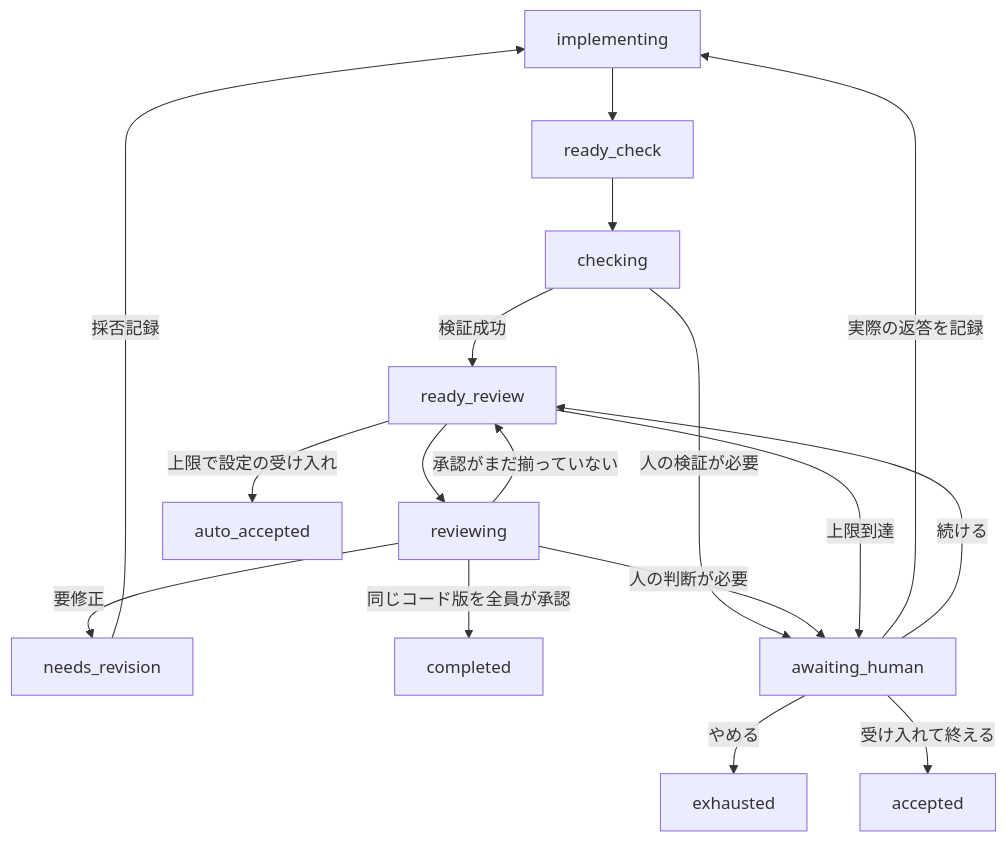
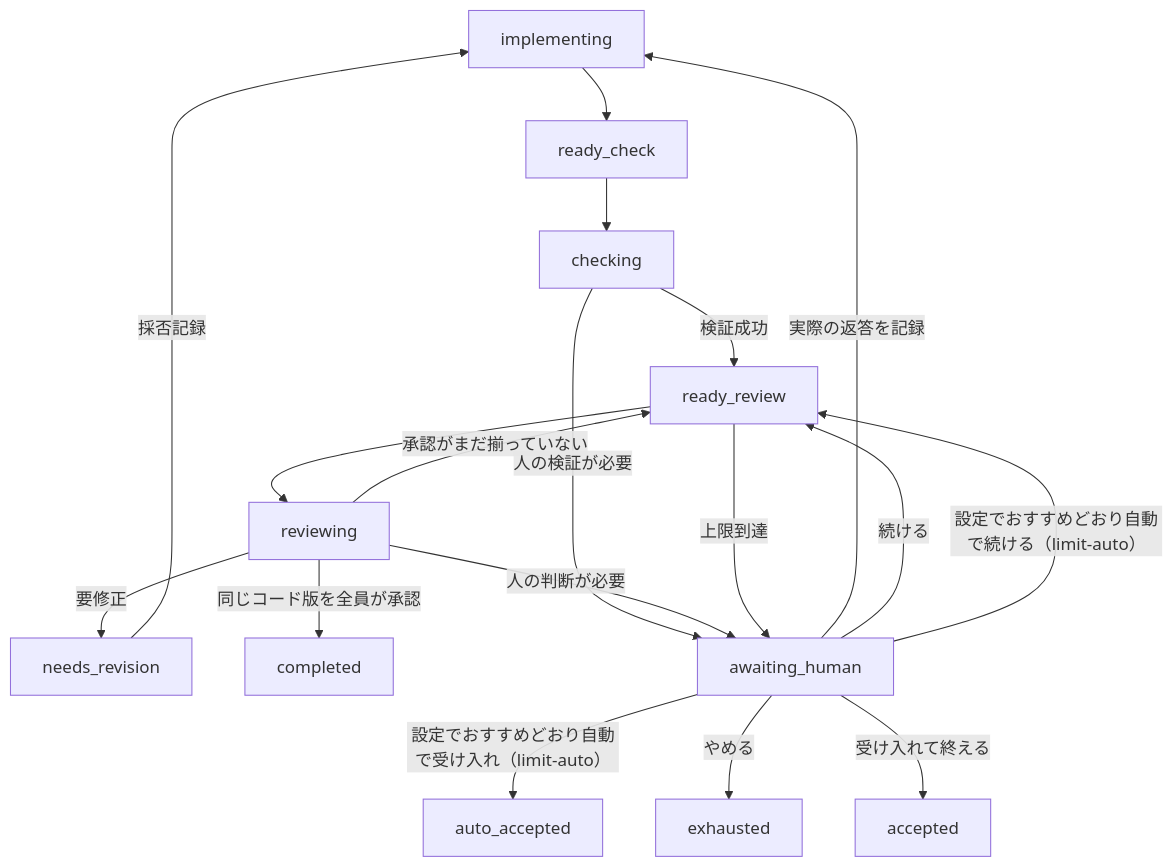
Before and after one commit to rysh25/devflow: the second of 2 diagrams in docs/architecture.md, drawn with Mermaid. The commit also changed other lines of this file and 43 other files, not shown here.

First line of the commit message:
Add review_limit_auto and remove auto_accept_at_review_limit (0.13.0) (#36)

````diff
--- a/docs/architecture.md
+++ b/docs/architecture.md
@@ -89,19 +89,20 @@
 ```mermaid
 flowchart TD
     I[implementing] --> C[ready_check]
     C --> K[checking]
     K -->|検証成功| R[ready_review]
     R --> V[reviewing]
     V -->|要修正| N[needs_revision]
     N -->|採否記録| I
     V -->|承認がまだ揃っていない| R
     V -->|同じコード版を全員が承認| D[completed]
     K -->|人の検証が必要| H[awaiting_human]
     V -->|人の判断が必要| H
     H -->|実際の返答を記録| I
     R -->|上限到達| H
-    R -->|上限で設定の受け入れ| AA[auto_accepted]
     H -->|続ける| R
+    H -->|設定でおすすめどおり自動で続ける（limit-auto）| R
+    H -->|設定でおすすめどおり自動で受け入れ（limit-auto）| AA[auto_accepted]
     H -->|やめる| E[exhausted]
     H -->|受け入れて終える| A[accepted]
 ```
````
